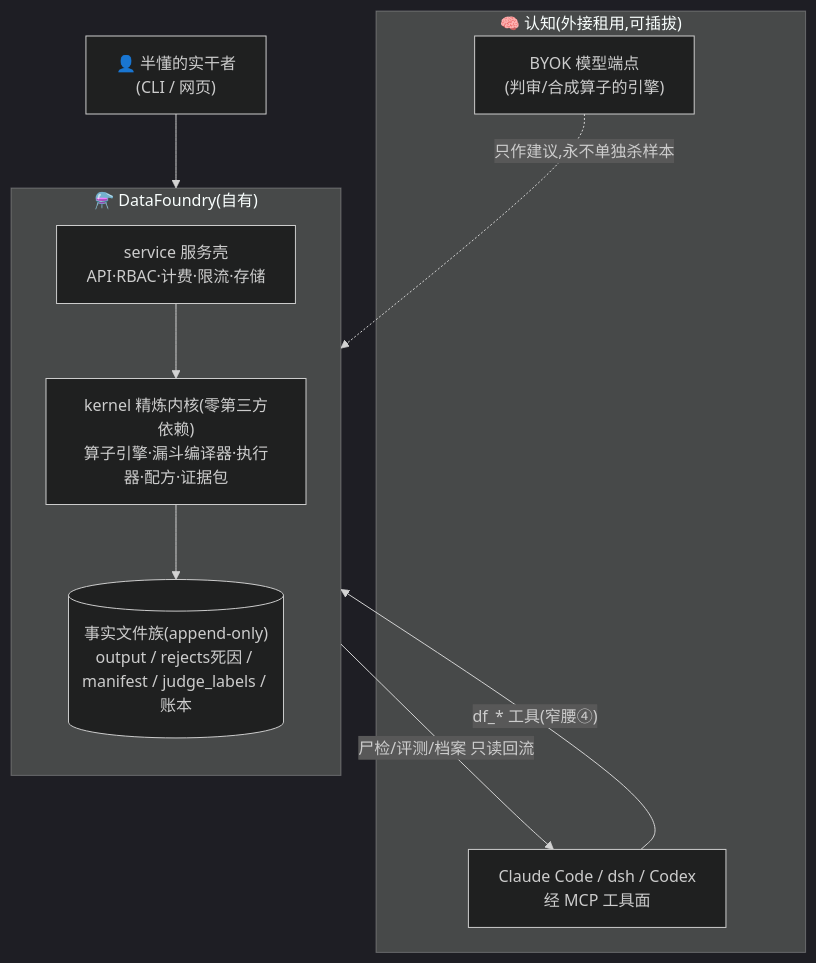
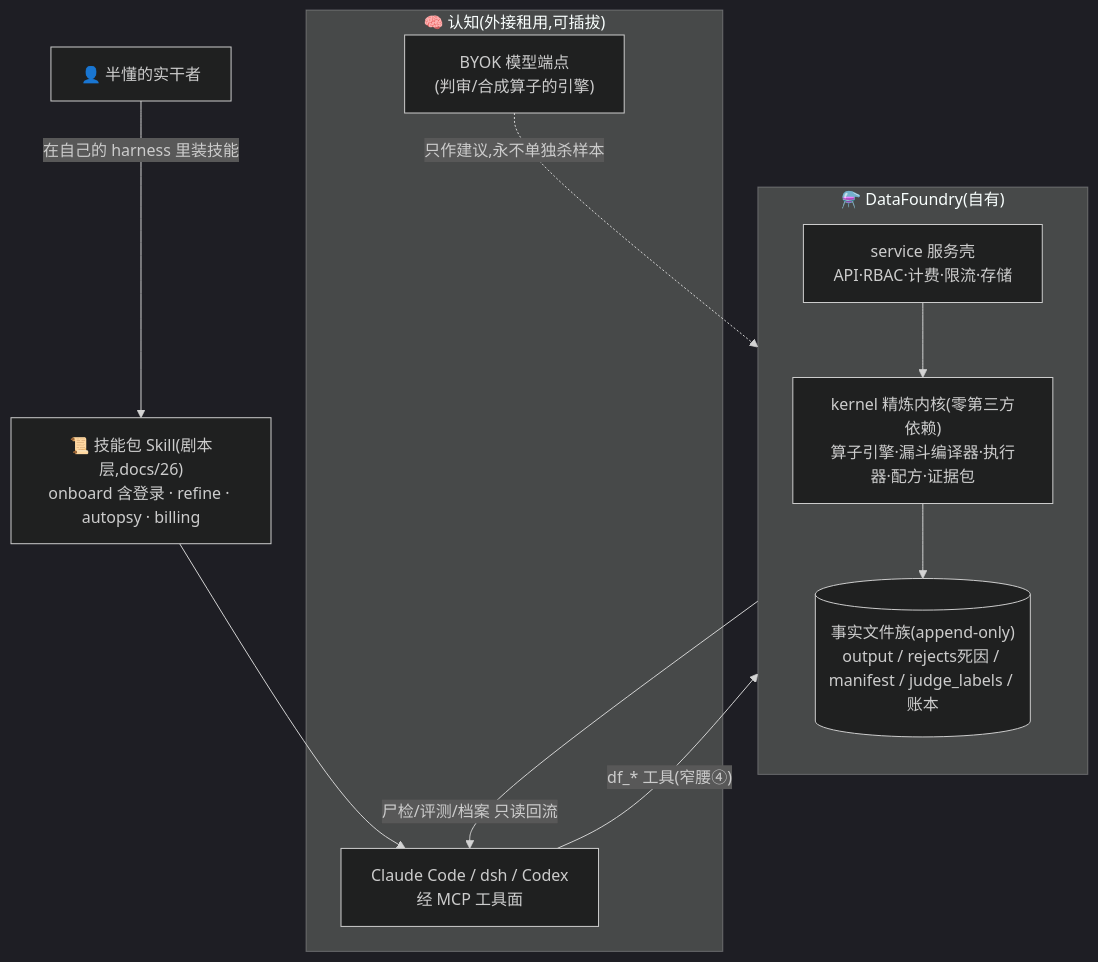
Before and after one commit to William2333ZZ/claude_repo: the first of 2 diagrams in docs/25-架构总纲.md, drawn with Mermaid (dark theme). The commit also changed other lines of this file and 3 other files, not shown here.

First line of the commit message:
docs/26 Skill 优先架构:harness 装技能、技能带登录,平台按此重设计

````diff
--- a/docs/25-架构总纲.md
+++ b/docs/25-架构总纲.md
@@ -11,18 +11,20 @@
 ```mermaid
 flowchart TB
     subgraph 认知层["🧠 认知(外接租用,可插拔)"]
         A["Claude Code / dsh / Codex<br/>经 MCP 工具面"]
         B["BYOK 模型端点<br/>(判审/合成算子的引擎)"]
     end
     subgraph 平台["⚗️ DataFoundry(自有)"]
         direction TB
         S["service 服务壳<br/>API·RBAC·计费·限流·存储"]
         K["kernel 精炼内核(零第三方依赖)<br/>算子引擎·漏斗编译器·执行器·配方·证据包"]
         F[("事实文件族(append-only)<br/>output / rejects死因 / manifest / judge_labels / 账本")]
         S --> K --> F
     end
-    U["👤 半懂的实干者<br/>(CLI / 网页)"] --> S
+    SK["📜 技能包 Skill(剧本层,docs/26)<br/>onboard 含登录 · refine · autopsy · billing"]
+    U["👤 半懂的实干者"] -- "在自己的 harness 里装技能" --> SK
+    SK --> A
     A -- "df_* 工具(窄腰④)" --> S
     B -. 只作建议,永不单独杀样本 .-> K
     F -- "尸检/评测/档案 只读回流" --> A
 ```
````
